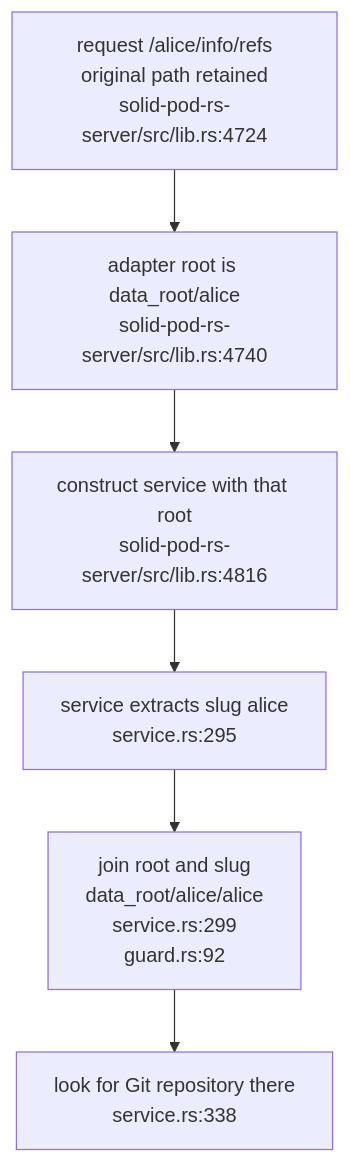
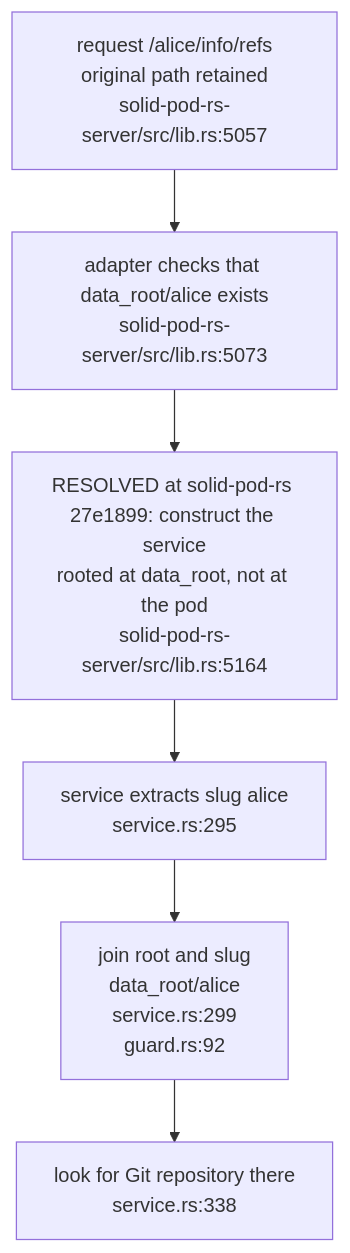
One commit to DreamLab-AI/VisionFlow changed the first of 4 diagrams in docs/diagrams/solid-pod-rs/14-git-export-boundaries.md. Above: the diagram before and after it, drawn with Mermaid. The commit also changed other lines of this file and 59 other files, not shown here.

First line of the commit message:
docs(diagrams): re-derive and re-stamp forum, website, pod, ontomark and sealmap topics

````diff
--- a/docs/diagrams/solid-pod-rs/14-git-export-boundaries.md
+++ b/docs/diagrams/solid-pod-rs/14-git-export-boundaries.md
@@ -31,10 +31,10 @@
 ```mermaid
 flowchart TD
-    REQUEST["request /alice/info/refs<br/>original path retained<br/>solid-pod-rs-server/src/lib.rs:4724"]
-    ROOT["adapter root is data_root/alice<br/>solid-pod-rs-server/src/lib.rs:4740"]
-    SERVICE["construct service with that root<br/>solid-pod-rs-server/src/lib.rs:4816"]
+    REQUEST["request /alice/info/refs<br/>original path retained<br/>solid-pod-rs-server/src/lib.rs:5057"]
+    ROOT["adapter checks that data_root/alice exists<br/>solid-pod-rs-server/src/lib.rs:5073"]
+    SERVICE["RESOLVED at solid-pod-rs 27e1899: construct the service<br/>rooted at data_root, not at the pod<br/>solid-pod-rs-server/src/lib.rs:5164"]
     SLUG["service extracts slug alice<br/>service.rs:295"]
-    JOIN["join root and slug<br/>data_root/alice/alice<br/>service.rs:299<br/>guard.rs:92"]
+    JOIN["join root and slug<br/>data_root/alice<br/>service.rs:299<br/>guard.rs:92"]
     REPO["look for Git repository there<br/>service.rs:338"]
     REQUEST --> ROOT --> SERVICE --> SLUG --> JOIN --> REPO
 ```
````
